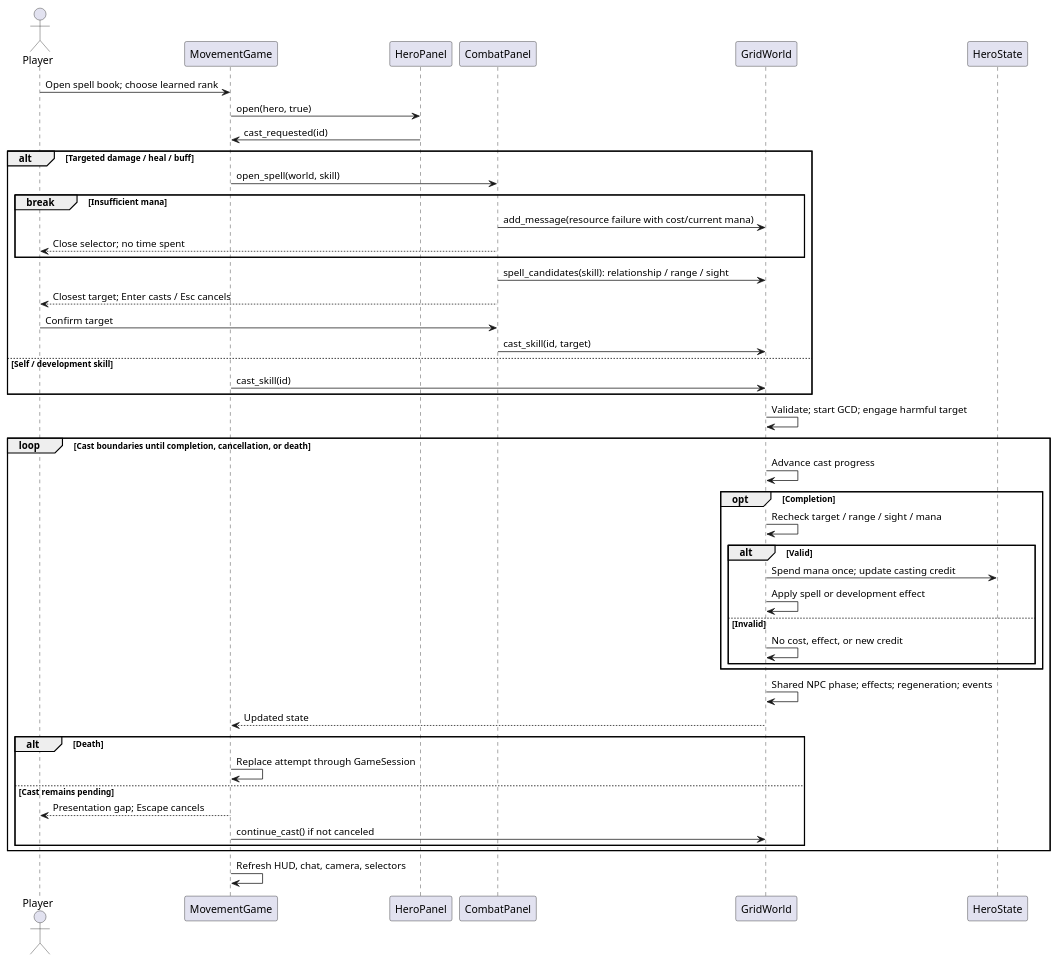
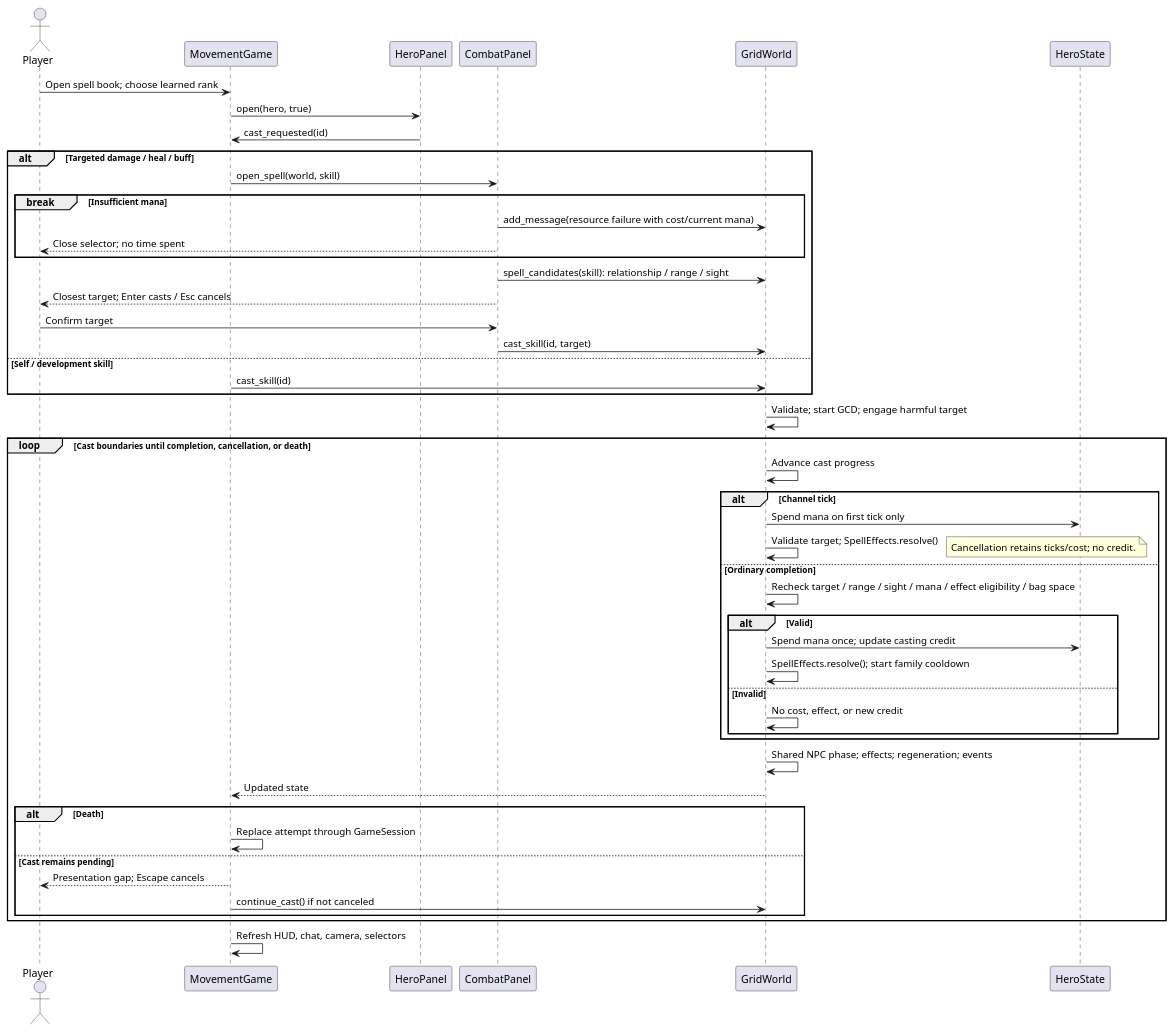
The diagram in docs/architecture/sequences/hero_skill.puml (VHonzik/Ostinato), drawn with PlantUML before and after one commit. The commit also changed 48 other files, not shown here.

```diff
--- a/docs/architecture/sequences/hero_skill.puml
+++ b/docs/architecture/sequences/hero_skill.puml
@@ -1,48 +1,52 @@
 @startuml
 !pragma layout smetana
 skinparam shadowing false
 actor Player
 participant MovementGame as Game
 participant HeroPanel as Book
 participant CombatPanel as Targeting
 participant GridWorld as World
 participant HeroState as Hero
 Player -> Game : Open spell book; choose learned rank
 Game -> Book : open(hero, true)
 Book -> Game : cast_requested(id)
 alt Targeted damage / heal / buff
   Game -> Targeting : open_spell(world, skill)
   break Insufficient mana
     Targeting -> World : add_message(resource failure with cost/current mana)
     Targeting --> Player : Close selector; no time spent
   end
   Targeting -> World : spell_candidates(skill): relationship / range / sight
   Targeting --> Player : Closest target; Enter casts / Esc cancels
   Player -> Targeting : Confirm target
   Targeting -> World : cast_skill(id, target)
 else Self / development skill
   Game -> World : cast_skill(id)
 end
 World -> World : Validate; start GCD; engage harmful target
 loop Cast boundaries until completion, cancellation, or death
   World -> World : Advance cast progress
-  opt Completion
-    World -> World : Recheck target / range / sight / mana
+  alt Channel tick
+    World -> Hero : Spend mana on first tick only
+    World -> World : Validate target; SpellEffects.resolve()
+    note right: Cancellation retains ticks/cost; no credit.
+  else Ordinary completion
+    World -> World : Recheck target / range / sight / mana / effect eligibility / bag space
     alt Valid
       World -> Hero : Spend mana once; update casting credit
-      World -> World : Apply spell or development effect
+      World -> World : SpellEffects.resolve(); start family cooldown
     else Invalid
       World -> World : No cost, effect, or new credit
     end
   end
   World -> World : Shared NPC phase; effects; regeneration; events
   World --> Game : Updated state
   alt Death
     Game -> Game : Replace attempt through GameSession
   else Cast remains pending
     Game --> Player : Presentation gap; Escape cancels
     Game -> World : continue_cast() if not canceled
   end
 end
 Game -> Game : Refresh HUD, chat, camera, selectors
 @enduml
```
